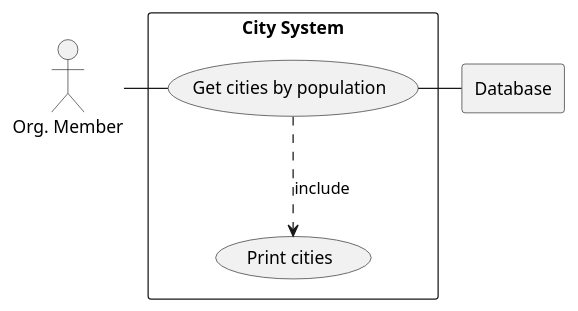
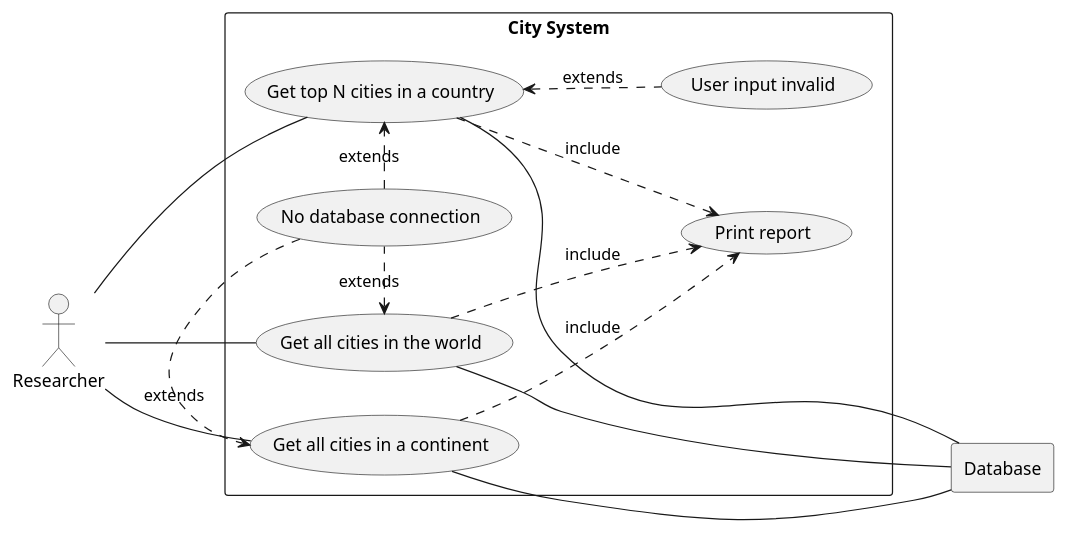
One commit to NikitaEdin/SET08103_2024-5 changed the diagram in DOCS/UseCase/Diagrams/City System.puml. Above: the diagram before and after it, drawn with PlantUML. The commit also changed 15 other files, not shown here.

Commit message:
Use cases and use case diagrams finished

```diff
--- a/DOCS/UseCase/Diagrams/City System.puml
+++ b/DOCS/UseCase/Diagrams/City System.puml
@@ -1,17 +1,37 @@
 @startuml
+left to right direction
 
-actor mem as "Org. Member"
+actor mem as "Researcher"
 
 rectangle Database
 
 rectangle "City System" {
-    usecase UC1 as "Get cities by population"
 
-    usecase UCa as "Print cities"
+        usecase UC1 as "Get all cities in the world"
+        usecase UC2 as "Get top N cities in a country"
+        usecase UC3 as "Get all cities in a continent"
+        usecase UC4 as "Print report"
 
-    mem - UC1
-    UC1 ..> UCa : include
-    UC1 - Database
+        usecase UCa as "User input invalid"
+        usecase UCb as "No database connection"
+
+        mem -- UC1
+        mem -- UC2
+        mem -- UC3
+
+        UC1 --- Database
+        UC2 --- Database
+        UC3 --- Database
+
+        UC1 ..> UC4 : include
+        UC2 ..> UC4 : include
+        UC3 ..> UC4 : include
+
+        UC2 <.. UCa : extends
+        UC1 <. UCb : extends
+        UCb .> UC2 : extends
+        UCb .> UC3 : extends
+
 }
 
 @enduml
```
